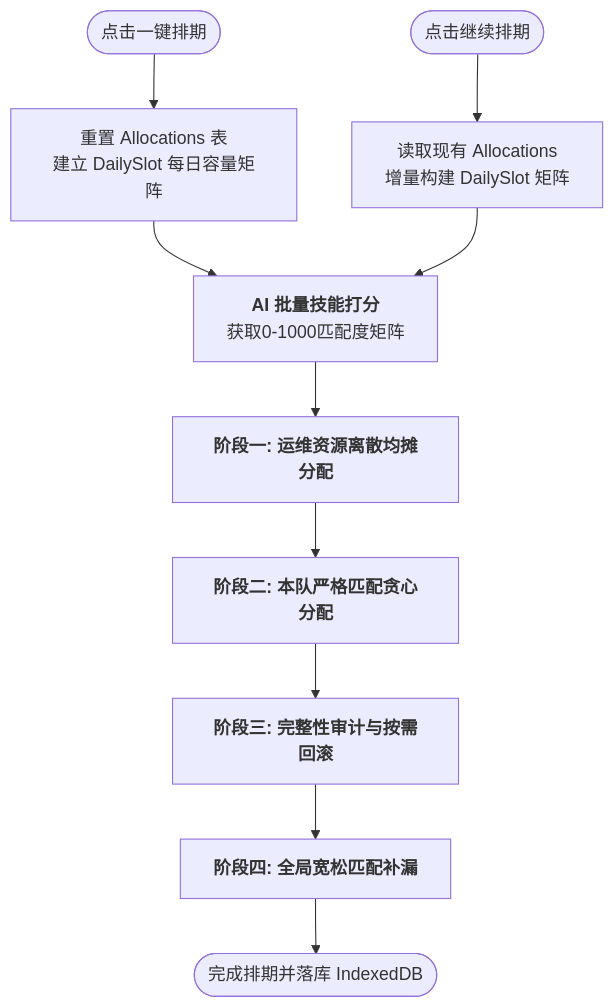
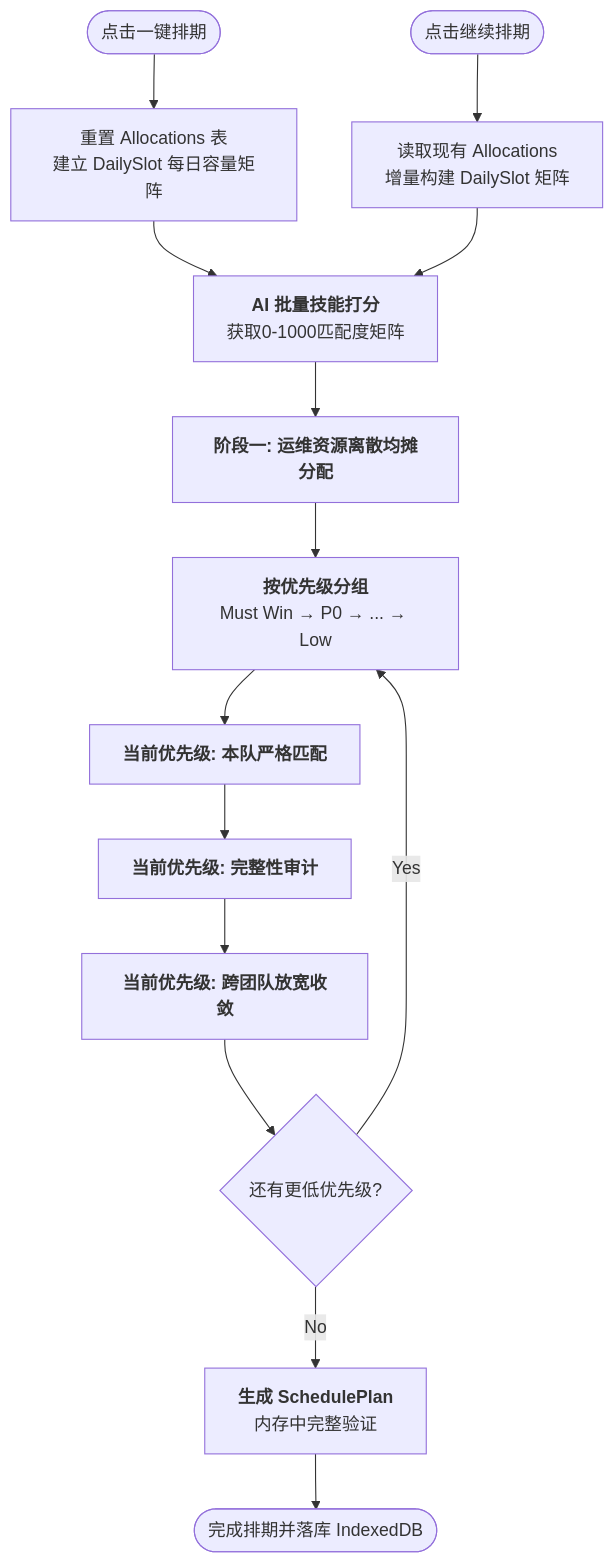
One commit to jambus/Intelligent-Project-Planning changed the second of 2 diagrams in docs/requirement.md. Above: the diagram before and after it, drawn with Mermaid. The commit also changed other lines of this file and 8 other files, not shown here.

````diff
--- a/docs/requirement.md
+++ b/docs/requirement.md
@@ -119,12 +119,16 @@
 ```mermaid
 graph TD
     Start([点击一键排期]) --> Init[重置 Allocations 表<br/>建立 DailySlot 每日容量矩阵]
     Continue([点击继续排期]) --> InitContinue[读取现有 Allocations<br/>增量构建 DailySlot 矩阵]
     Init --> AI_Score[<b>AI 批量技能打分</b><br/>获取0-1000匹配度矩阵]
     InitContinue --> AI_Score
     AI_Score --> Pass0[<b>阶段一: 运维资源离散均摊分配</b>]
-    Pass0 --> Pass1[<b>阶段二: 本队严格匹配贪心分配</b>]
-    Pass1 --> Audit[<b>阶段三: 完整性审计与按需回滚</b>]
-    Audit --> PassLate[<b>阶段四: 全局宽松匹配补漏</b>]
-    PassLate --> End([完成排期并落库 IndexedDB])
+    Pass0 --> Priority[<b>按优先级分组</b><br/>Must Win → P0 → ... → Low]
+    Priority --> Pass1[<b>当前优先级: 本队严格匹配</b>]
+    Pass1 --> Audit[<b>当前优先级: 完整性审计</b>]
+    Audit --> PassLate[<b>当前优先级: 跨团队放宽收敛</b>]
+    PassLate --> More{还有更低优先级?}
+    More -->|Yes| Priority
+    More -->|No| Plan[<b>生成 SchedulePlan</b><br/>内存中完整验证]
+    Plan --> End([完成排期并落库 IndexedDB])
 ```
````
